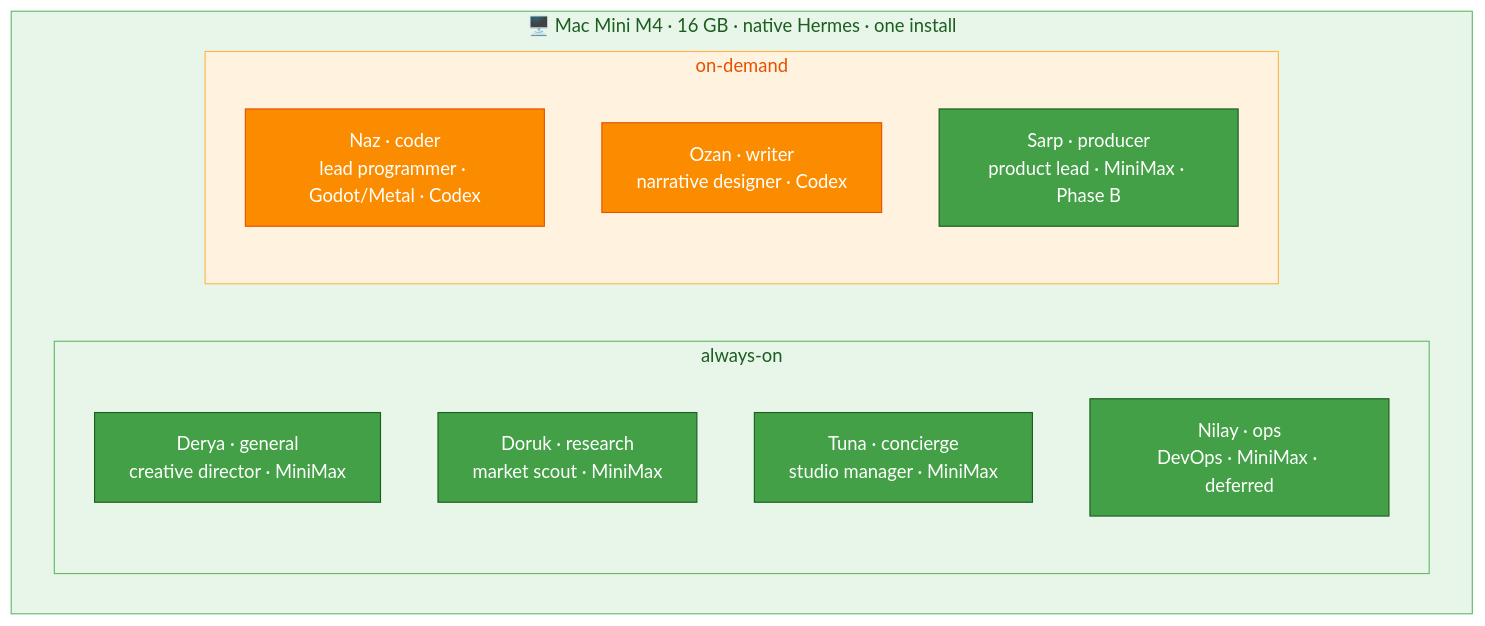
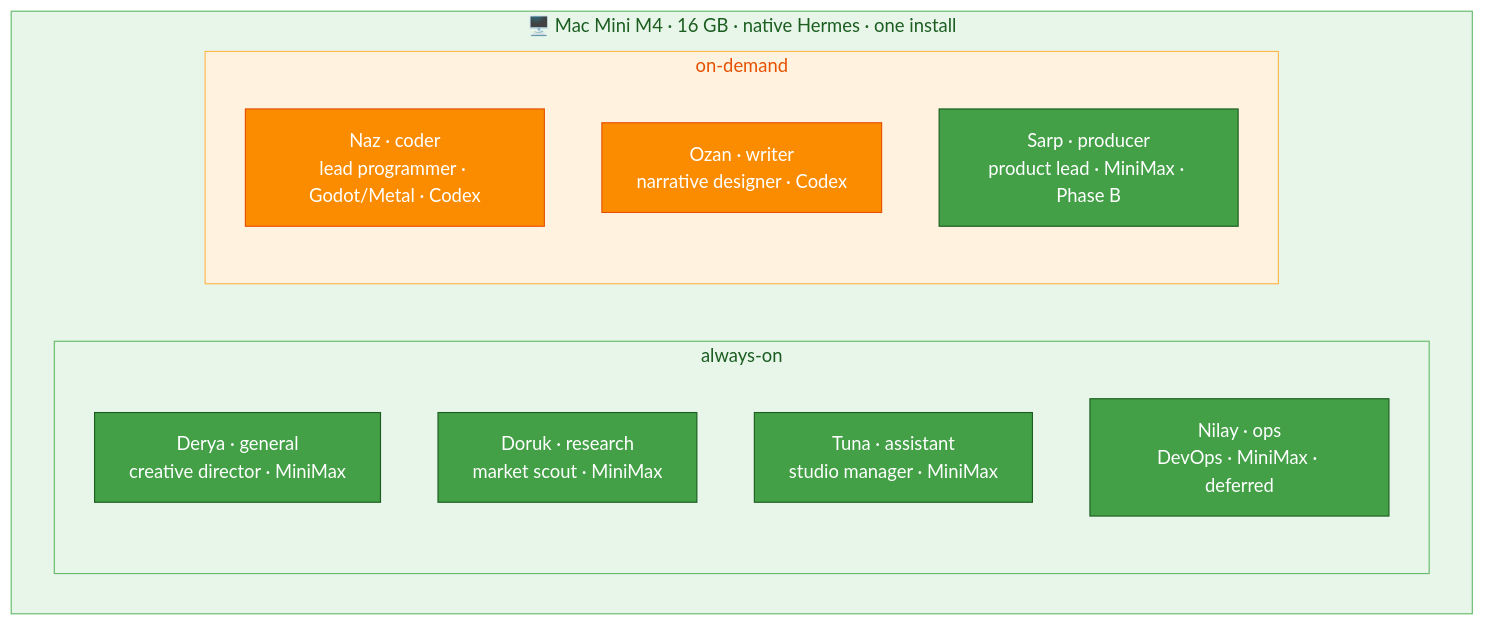
The diagram in docs/02-agents.md (mpolatcan/hermes-setup), drawn with Mermaid (neutral theme) before and after one commit. The commit also changed other lines of this file and 12 other files, not shown here.

First line of the commit message:
docs: rename slug concierge -> assistant (clearer functional label)

````diff
--- a/docs/02-agents.md
+++ b/docs/02-agents.md
@@ -7,21 +7,21 @@
 ```mermaid
 flowchart TB
     subgraph Mini["🖥️ Mac Mini M4 · 16 GB · native Hermes · one install"]
         subgraph always["always-on"]
             general["Derya · general<br/>creative director · MiniMax"]:::mini
             research["Doruk · research<br/>market scout · MiniMax"]:::mini
-            concierge["Tuna · concierge<br/>studio manager · MiniMax"]:::mini
+            assistant["Tuna · assistant<br/>studio manager · MiniMax"]:::mini
             ops["Nilay · ops<br/>DevOps · MiniMax · deferred"]:::mini
         end
         subgraph demand["on-demand"]
             coder["Naz · coder<br/>lead programmer · Godot/Metal · Codex"]:::codex
             writer["Ozan · writer<br/>narrative designer · Codex"]:::codex
             producer["Sarp · producer<br/>product lead · MiniMax · Phase B"]:::mini
         end
     end
     classDef mini fill:#43A047,stroke:#1B5E20,color:#fff
     classDef codex fill:#FB8C00,stroke:#E65100,color:#fff
     style Mini fill:#E8F5E9,stroke:#66BB6A,color:#1B5E20
     style always fill:#E8F5E9,stroke:#66BB6A,color:#1B5E20
     style demand fill:#FFF3E0,stroke:#FFB74D,color:#E65100
 ```
````
